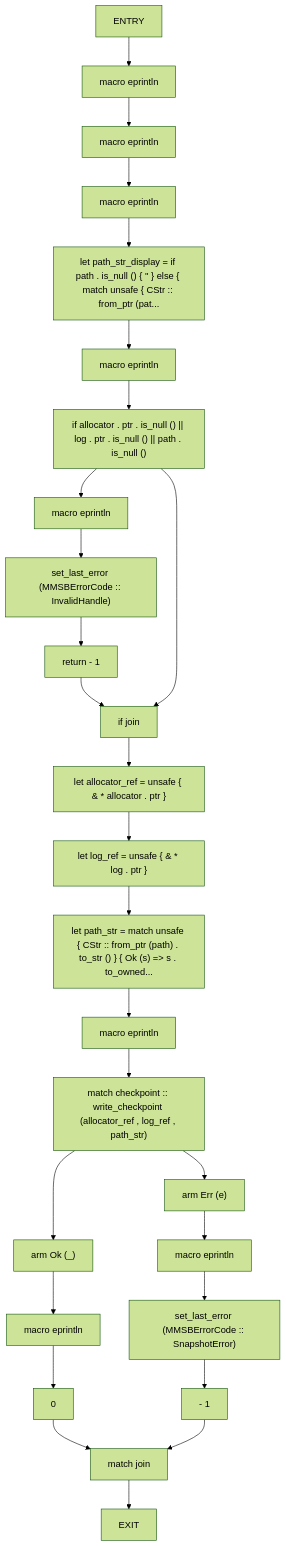
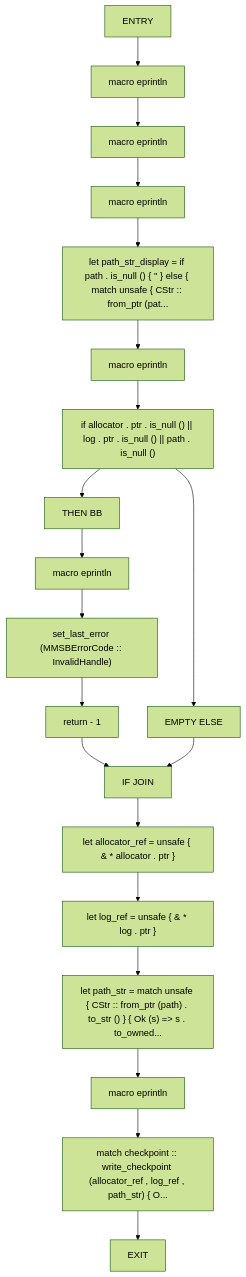
Before and after one commit to cicero-violate/MMSB: diagram 13 of 56 in docs/analysis/cfg/080-src-ffi_rs.md, drawn with Mermaid (forest theme). The commit also changed other lines of this file and 865 other files, not shown here.

````diff
--- a/docs/analysis/cfg/080-src-ffi_rs.md
+++ b/docs/analysis/cfg/080-src-ffi_rs.md
@@ -419,54 +442,41 @@
 ```mermaid
 flowchart TD
     mmsb_checkpoint_write_0["ENTRY"]
     mmsb_checkpoint_write_1["macro eprintln"]
     mmsb_checkpoint_write_2["macro eprintln"]
     mmsb_checkpoint_write_3["macro eprintln"]
     mmsb_checkpoint_write_4["let path_str_display = if path . is_null () { '<null>' } else { match unsafe { CStr :: from_ptr (pat..."]
     mmsb_checkpoint_write_5["macro eprintln"]
     mmsb_checkpoint_write_6["if allocator . ptr . is_null () || log . ptr . is_null () || path . is_null ()"]
-    mmsb_checkpoint_write_7["macro eprintln"]
-    mmsb_checkpoint_write_8["set_last_error (MMSBErrorCode :: InvalidHandle)"]
-    mmsb_checkpoint_write_9["return - 1"]
-    mmsb_checkpoint_write_10["if join"]
-    mmsb_checkpoint_write_11["let allocator_ref = unsafe { & * allocator . ptr }"]
-    mmsb_checkpoint_write_12["let log_ref = unsafe { & * log . ptr }"]
-    mmsb_checkpoint_write_13["let path_str = match unsafe { CStr :: from_ptr (path) . to_str () } { Ok (s) => s . to_owned..."]
-    mmsb_checkpoint_write_14["macro eprintln"]
-    mmsb_checkpoint_write_15["match checkpoint :: write_checkpoint (allocator_ref , log_ref , path_str)"]
-    mmsb_checkpoint_write_16["arm Ok (_)"]
-    mmsb_checkpoint_write_17["macro eprintln"]
-    mmsb_checkpoint_write_18["0"]
-    mmsb_checkpoint_write_19["arm Err (e)"]
-    mmsb_checkpoint_write_20["macro eprintln"]
-    mmsb_checkpoint_write_21["set_last_error (MMSBErrorCode :: SnapshotError)"]
-    mmsb_checkpoint_write_22["- 1"]
-    mmsb_checkpoint_write_23["match join"]
-    mmsb_checkpoint_write_24["EXIT"]
+    mmsb_checkpoint_write_7["THEN BB"]
+    mmsb_checkpoint_write_8["macro eprintln"]
+    mmsb_checkpoint_write_9["set_last_error (MMSBErrorCode :: InvalidHandle)"]
+    mmsb_checkpoint_write_10["return - 1"]
+    mmsb_checkpoint_write_11["EMPTY ELSE"]
+    mmsb_checkpoint_write_12["IF JOIN"]
+    mmsb_checkpoint_write_13["let allocator_ref = unsafe { & * allocator . ptr }"]
+    mmsb_checkpoint_write_14["let log_ref = unsafe { & * log . ptr }"]
+    mmsb_checkpoint_write_15["let path_str = match unsafe { CStr :: from_ptr (path) . to_str () } { Ok (s) => s . to_owned..."]
+    mmsb_checkpoint_write_16["macro eprintln"]
+    mmsb_checkpoint_write_17["match checkpoint :: write_checkpoint (allocator_ref , log_ref , path_str) { O..."]
+    mmsb_checkpoint_write_18["EXIT"]
     mmsb_checkpoint_write_0 --> mmsb_checkpoint_write_1
     mmsb_checkpoint_write_1 --> mmsb_checkpoint_write_2
     mmsb_checkpoint_write_2 --> mmsb_checkpoint_write_3
     mmsb_checkpoint_write_3 --> mmsb_checkpoint_write_4
     mmsb_checkpoint_write_4 --> mmsb_checkpoint_write_5
     mmsb_checkpoint_write_5 --> mmsb_checkpoint_write_6
     mmsb_checkpoint_write_6 --> mmsb_checkpoint_write_7
     mmsb_checkpoint_write_7 --> mmsb_checkpoint_write_8
     mmsb_checkpoint_write_8 --> mmsb_checkpoint_write_9
     mmsb_checkpoint_write_9 --> mmsb_checkpoint_write_10
-    mmsb_checkpoint_write_6 --> mmsb_checkpoint_write_10
-    mmsb_checkpoint_write_10 --> mmsb_checkpoint_write_11
+    mmsb_checkpoint_write_6 --> mmsb_checkpoint_write_11
+    mmsb_checkpoint_write_10 --> mmsb_checkpoint_write_12
     mmsb_checkpoint_write_11 --> mmsb_checkpoint_write_12
     mmsb_checkpoint_write_12 --> mmsb_checkpoint_write_13
     mmsb_checkpoint_write_13 --> mmsb_checkpoint_write_14
     mmsb_checkpoint_write_14 --> mmsb_checkpoint_write_15
     mmsb_checkpoint_write_15 --> mmsb_checkpoint_write_16
     mmsb_checkpoint_write_16 --> mmsb_checkpoint_write_17
     mmsb_checkpoint_write_17 --> mmsb_checkpoint_write_18
-    mmsb_checkpoint_write_15 --> mmsb_checkpoint_write_19
-    mmsb_checkpoint_write_19 --> mmsb_checkpoint_write_20
-    mmsb_checkpoint_write_20 --> mmsb_checkpoint_write_21
-    mmsb_checkpoint_write_21 --> mmsb_checkpoint_write_22
-    mmsb_checkpoint_write_18 --> mmsb_checkpoint_write_23
-    mmsb_checkpoint_write_22 --> mmsb_checkpoint_write_23
-    mmsb_checkpoint_write_23 --> mmsb_checkpoint_write_24
 ```
````
